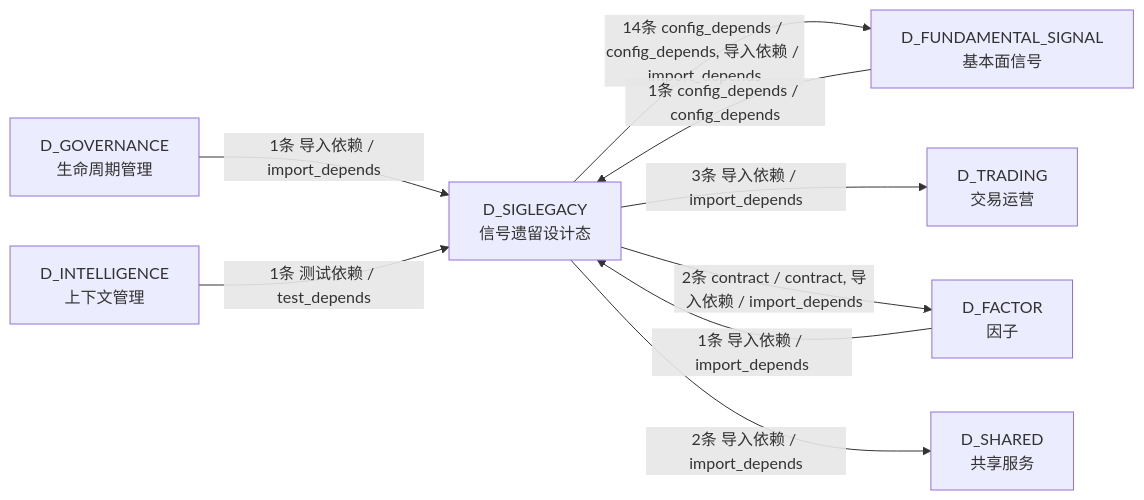
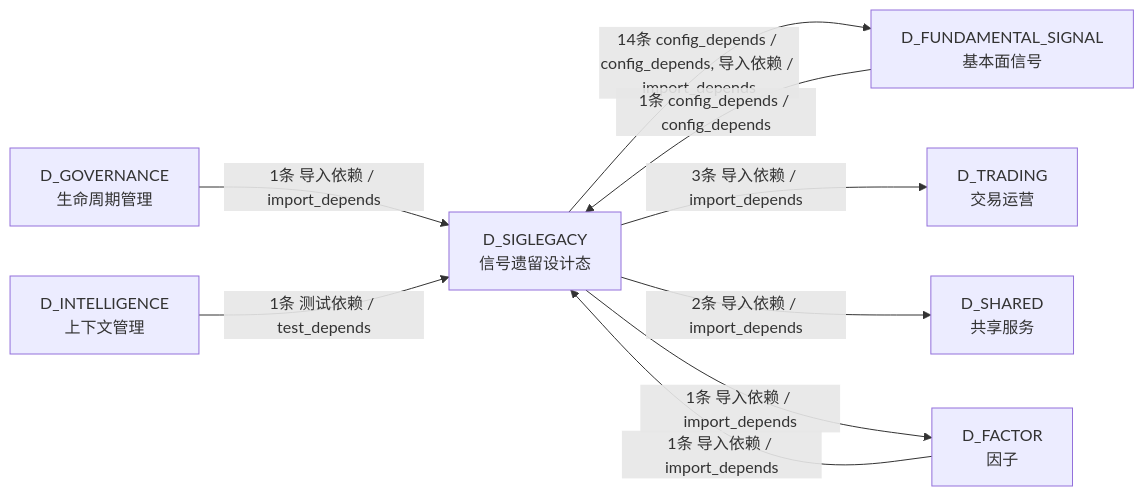
The fourth of 4 diagrams in docs/02_enterprise_architecture/02_domain_architecture_docs/63_d_siglegacy.md (xuanFelixVan/ZephyrAlpha), drawn with Mermaid before and after one commit. The commit also changed other lines of this file and 125 other files, not shown here.

````diff
--- a/docs/02_enterprise_architecture/02_domain_architecture_docs/63_d_siglegacy.md
+++ b/docs/02_enterprise_architecture/02_domain_architecture_docs/63_d_siglegacy.md
@@ -265,18 +262,18 @@
 ```mermaid
 graph LR
     D_SIGLEGACY["D_SIGLEGACY<br/>信号遗留设计态"]
     D_FUNDAMENTAL_SIGNAL["D_FUNDAMENTAL_SIGNAL<br/>基本面信号"]
     D_TRADING["D_TRADING<br/>交易运营"]
+    D_SHARED["D_SHARED<br/>共享服务"]
     D_FACTOR["D_FACTOR<br/>因子"]
-    D_SHARED["D_SHARED<br/>共享服务"]
     D_GOVERNANCE["D_GOVERNANCE<br/>生命周期管理"]
     D_INTELLIGENCE["D_INTELLIGENCE<br/>上下文管理"]
     D_SIGLEGACY -->|14条 config_depends / config_depends, 导入依赖 / import_depends| D_FUNDAMENTAL_SIGNAL
     D_SIGLEGACY -->|3条 导入依赖 / import_depends| D_TRADING
-    D_SIGLEGACY -->|2条 contract / contract, 导入依赖 / import_depends| D_FACTOR
     D_SIGLEGACY -->|2条 导入依赖 / import_depends| D_SHARED
+    D_SIGLEGACY -->|1条 导入依赖 / import_depends| D_FACTOR
     D_FACTOR -->|1条 导入依赖 / import_depends| D_SIGLEGACY
     D_FUNDAMENTAL_SIGNAL -->|1条 config_depends / config_depends| D_SIGLEGACY
     D_GOVERNANCE -->|1条 导入依赖 / import_depends| D_SIGLEGACY
     D_INTELLIGENCE -->|1条 测试依赖 / test_depends| D_SIGLEGACY
 ```
````
